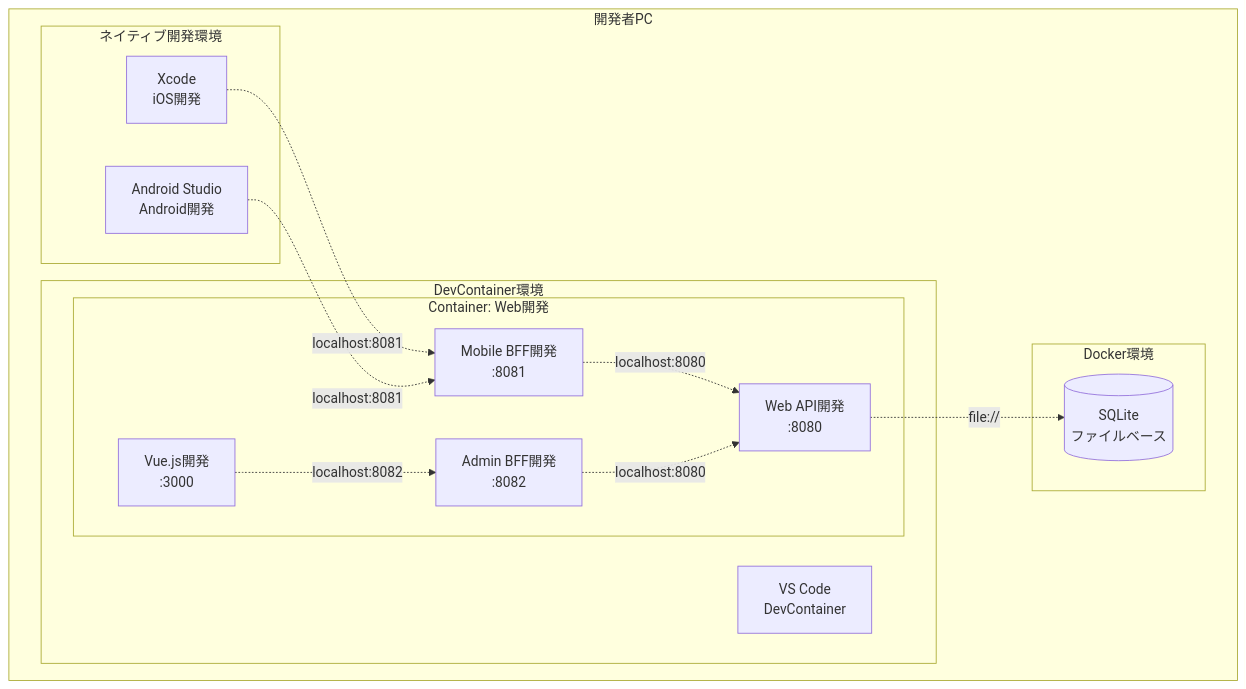
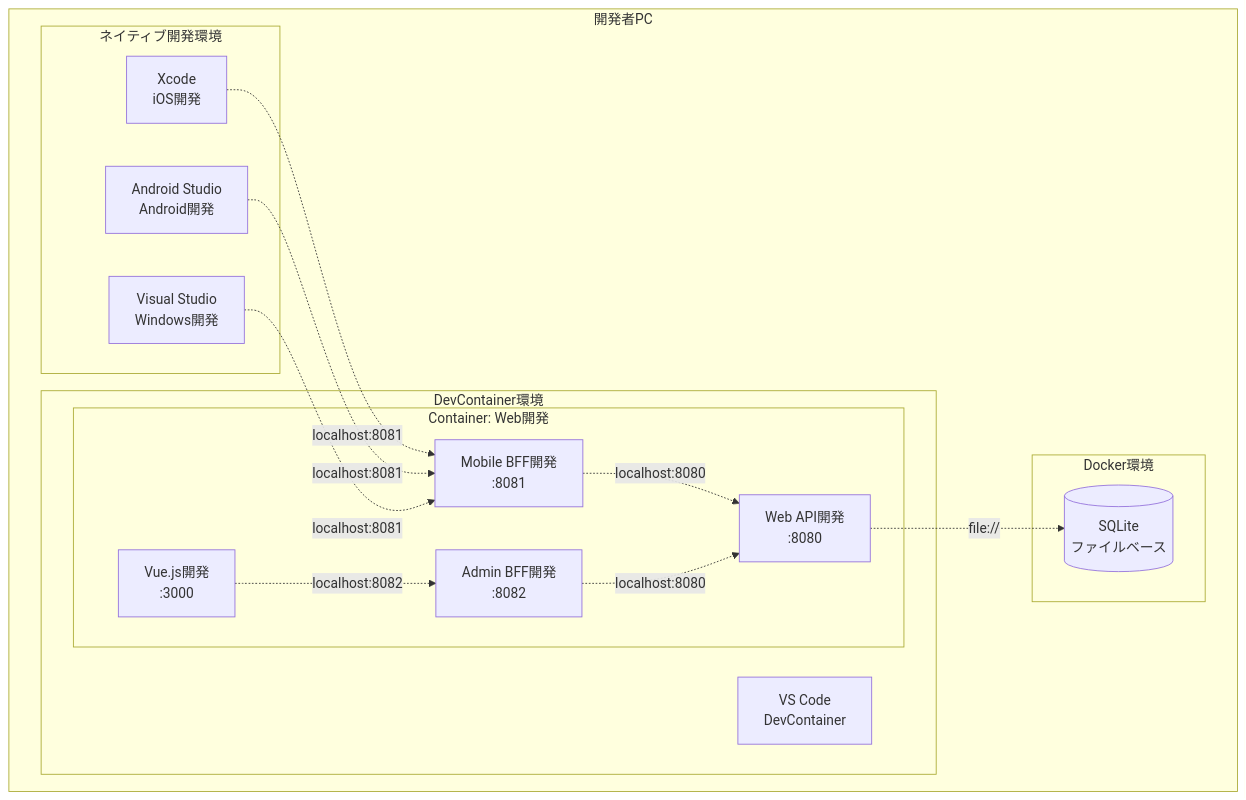
Before and after one commit to Takas0522/ws-demo-mobile-app: the first of 3 diagrams in docs/architecture/06-infrastructure.md, drawn with Mermaid. The commit also changed other lines of this file and 3 other files, not shown here.

````diff
--- a/docs/architecture/06-infrastructure.md
+++ b/docs/architecture/06-infrastructure.md
@@ -24,31 +24,33 @@
 ```mermaid
 graph TB
     subgraph "開発者PC"
         subgraph "ネイティブ開発環境"
             Xcode[Xcode<br/>iOS開発]
             AndroidStudio[Android Studio<br/>Android開発]
+            VisualStudio[Visual Studio<br/>Windows開発]
         end
         
         subgraph "DevContainer環境"
             VSCode[VS Code<br/>DevContainer]
             
             subgraph "Container: Web開発"
                 Vue[Vue.js開発<br/>:3000]
                 MobileBFF[Mobile BFF開発<br/>:8081]
                 AdminBFF[Admin BFF開発<br/>:8082]
                 WebAPI[Web API開発<br/>:8080]
             end
         end
         
         subgraph "Docker環境"
             DB[(SQLite<br/>ファイルベース)]
         end
     end
     
     Xcode -.->|localhost:8081| MobileBFF
     AndroidStudio -.->|localhost:8081| MobileBFF
+    VisualStudio -.->|localhost:8081| MobileBFF
     Vue -.->|localhost:8082| AdminBFF
     MobileBFF -.->|localhost:8080| WebAPI
     AdminBFF -.->|localhost:8080| WebAPI
     WebAPI -.->|file://| DB
 ```
````
